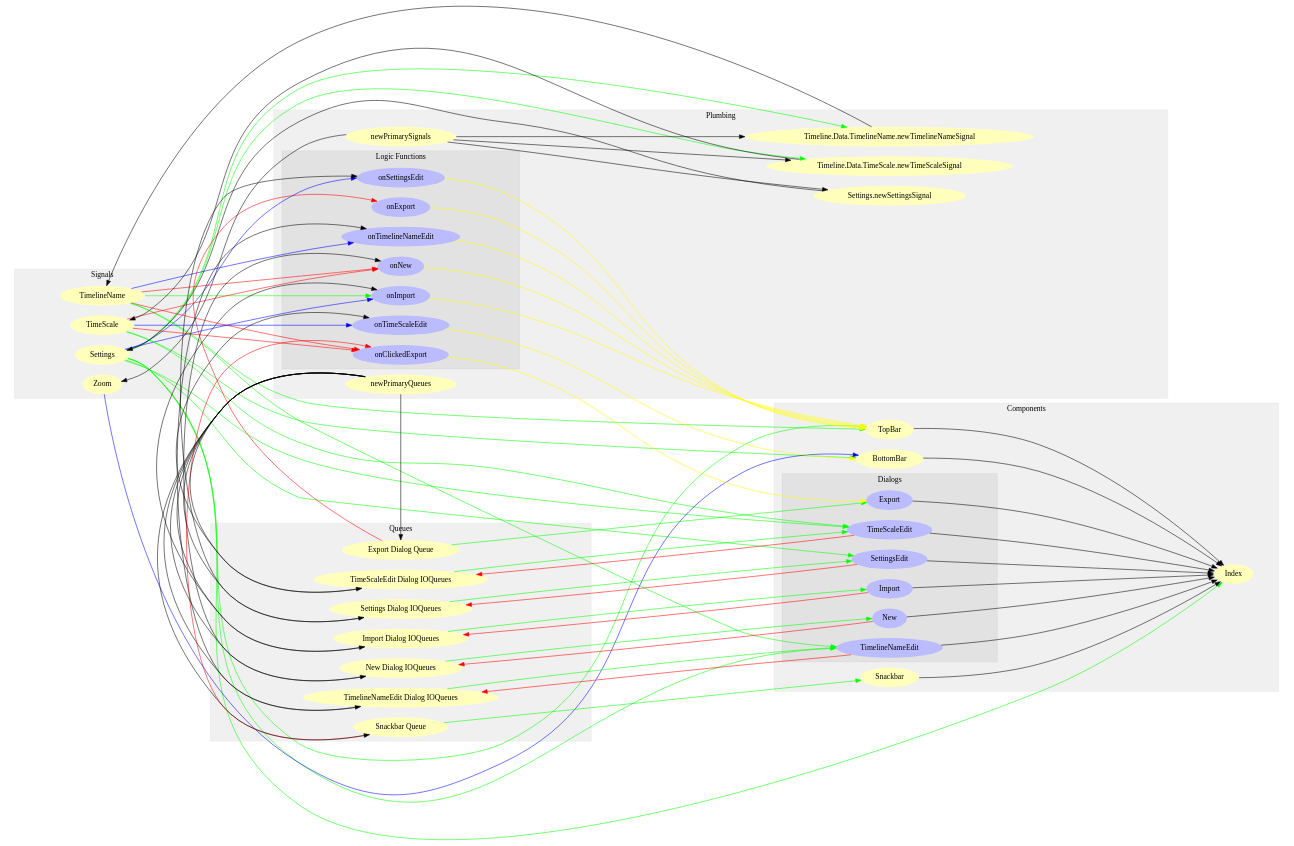
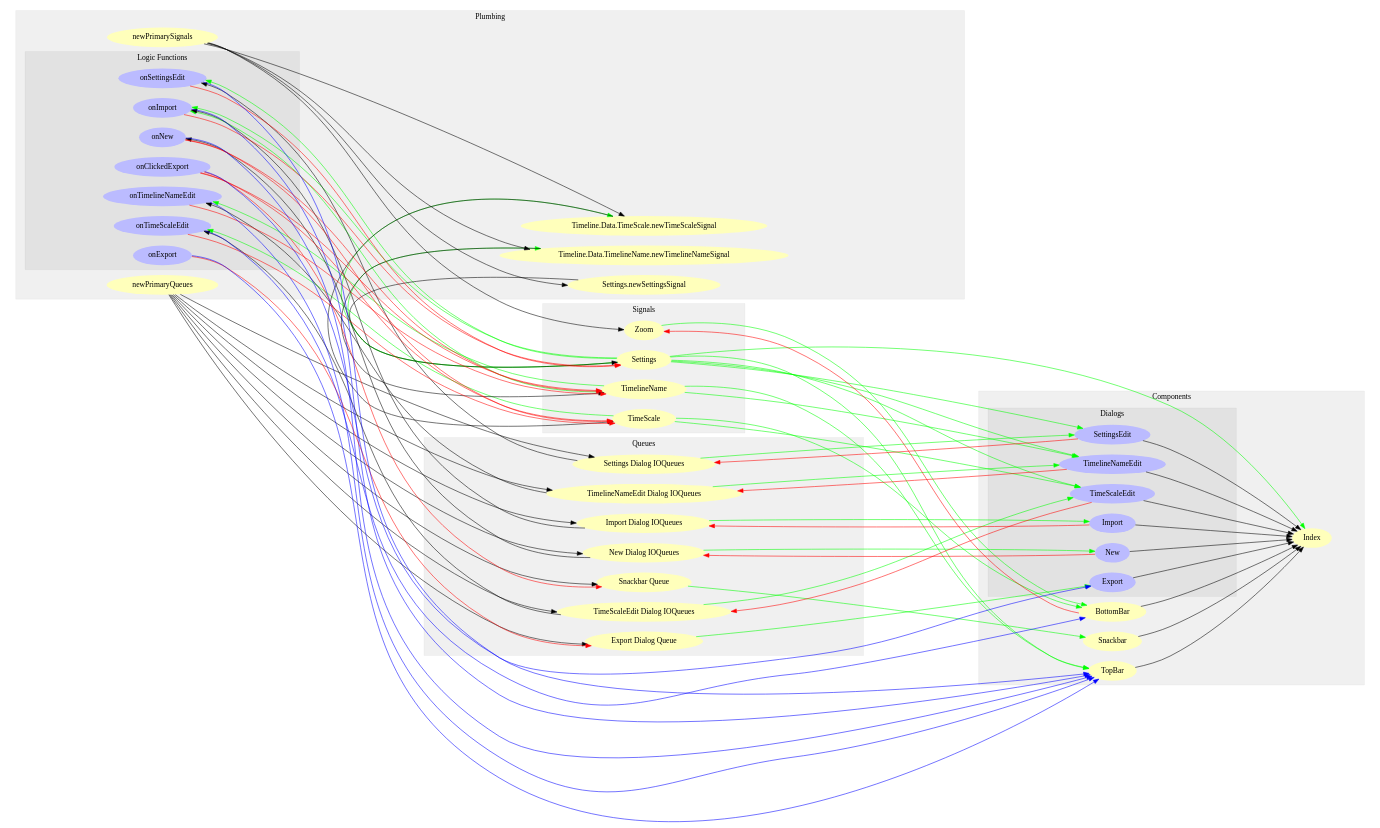
The diagram in signals-and-queues.dot (openchronology/openchronology.github.io), drawn with Graphviz before and after one commit. The commit also changed 3 other files, not shown here.

Commit message:
better graph for signals

```diff
--- a/signals-and-queues.dot
+++ b/signals-and-queues.dot
@@ -1,166 +1,171 @@
 digraph SignalsAndQueues {
   ratio="0.5";
   rankdir="LR";
 
   subgraph cluster_1 {
     label="Signals";
     color="#0000000F";
     style="filled";
     settingsSignal[label="Settings",style="filled",fillcolor="#ffffbb",penwidth="0"];
     timelineNameSignal[label="TimelineName",style="filled",fillcolor="#ffffbb",penwidth="0"];
     timeScaleSignal[label="TimeScale",style="filled",fillcolor="#ffffbb",penwidth="0"];
     zoomSignal[label="Zoom",style="filled",fillcolor="#ffffbb",penwidth="0"];
   }
 
   subgraph cluster_2 {
     label="Queues";
     color="#0000000F";
     style="filled";
     importQueues[label="Import Dialog IOQueues",style="filled",fillcolor="#ffffbb",penwidth="0"];
     exportQueue[label="Export Dialog Queue",style="filled",fillcolor="#ffffbb",penwidth="0"];
     newQueues[label="New Dialog IOQueues",style="filled",fillcolor="#ffffbb",penwidth="0"];
     settingsEditQueues[label="Settings Dialog IOQueues",style="filled",fillcolor="#ffffbb",penwidth="0"];
     timelineNameEditQueues[label="TimelineNameEdit Dialog IOQueues",style="filled",fillcolor="#ffffbb",penwidth="0"];
     timeScaleEditQueues[label="TimeScaleEdit Dialog IOQueues",style="filled",fillcolor="#ffffbb",penwidth="0"];
     snackbarQueue[label="Snackbar Queue",style="filled",fillcolor="#ffffbb",penwidth="0"];
   }
 
   subgraph cluster_3 {
     label="Plumbing";
     color="#0000000F";
     style="filled";
     newSettingsSignal[label="Settings.newSettingsSignal",style="filled",fillcolor="#ffffbb",penwidth="0"];
     newTimelineNameSignal[label="Timeline.Data.TimelineName.newTimelineNameSignal",style="filled",fillcolor="#ffffbb",penwidth="0"];
     newTimeScaleSignal[label="Timeline.Data.TimeScale.newTimeScaleSignal",style="filled",fillcolor="#ffffbb",penwidth="0"];
     newPrimarySignals[label="newPrimarySignals",style="filled",fillcolor="#ffffbb",penwidth="0"];
     newPrimaryQueues[label="newPrimaryQueues",style="filled",fillcolor="#ffffbb",penwidth="0"];
 
     subgraph cluster_4 {
       label="Logic Functions";
       color="#0000000F";
       style="filled";
       onImport[label="onImport",style="filled",fillcolor="#bbbbff",penwidth="0"];
       onExport[label="onExport",style="filled",fillcolor="#bbbbff",penwidth="0"];
       onClickedExport[label="onClickedExport",style="filled",fillcolor="#bbbbff",penwidth="0"];
       onNew[label="onNew",style="filled",fillcolor="#bbbbff",penwidth="0"];
       onTimelineNameEdit[label="onTimelineNameEdit",style="filled",fillcolor="#bbbbff",penwidth="0"];
       onTimeScaleEdit[label="onTimeScaleEdit",style="filled",fillcolor="#bbbbff",penwidth="0"];
       onSettingsEdit[label="onSettingsEdit",style="filled",fillcolor="#bbbbff",penwidth="0"];
     }
   }
 
   subgraph cluster_5 {
     label="Components";
     color="#0000000F";
     style="filled";
     compIndex[label="Index",style="filled",fillcolor="#ffffbb",penwidth="0"];
     compTopBar[label="TopBar",style="filled",fillcolor="#ffffbb",penwidth="0"];
     compBottomBar[label="BottomBar",style="filled",fillcolor="#ffffbb",penwidth="0"];
     compSnackbar[label="Snackbar",style="filled",fillcolor="#ffffbb",penwidth="0"];
     subgraph cluster_6 {
       label="Dialogs";
       color="#0000000F";
       style="filled";
       compDialImport[label="Import",style="filled",fillcolor="#bbbbff",penwidth="0"];
       compDialExport[label="Export",style="filled",fillcolor="#bbbbff",penwidth="0"];
       compDialNew[label="New",style="filled",fillcolor="#bbbbff",penwidth="0"];
       compDialTimelineNameEdit[label="TimelineNameEdit",style="filled",fillcolor="#bbbbff",penwidth="0"];
       compDialTimeScaleEdit[label="TimeScaleEdit",style="filled",fillcolor="#bbbbff",penwidth="0"];
       compDialSettingsEdit[label="SettingsEdit",style="filled",fillcolor="#bbbbff",penwidth="0"];
     }
   }
 
   // Signal creation - destination is end of creation
   newSettingsSignal -> settingsSignal;
   settingsSignal -> newTimelineNameSignal[color="#00FF00"];
   settingsSignal -> newTimeScaleSignal[color="#00FF00"];
   newTimelineNameSignal -> timelineNameSignal;
   newTimeScaleSignal -> timeScaleSignal;
 
   newPrimarySignals -> newSettingsSignal;
   newPrimarySignals -> newTimelineNameSignal;
   newPrimarySignals -> newTimeScaleSignal;
   newPrimarySignals -> zoomSignal;
 
   // Queue creation - destination is end of creation
   newPrimaryQueues -> importQueues;
   newPrimaryQueues -> exportQueue;
   newPrimaryQueues -> newQueues;
   newPrimaryQueues -> settingsEditQueues;
   newPrimaryQueues -> timelineNameEditQueues;
   newPrimaryQueues -> timeScaleEditQueues;
   newPrimaryQueues -> snackbarQueue;
 
   // Logic Functions - destination is the user
   importQueues -> onImport;
   timelineNameSignal -> onImport[color="#00FF00"];
-  settingsSignal -> onImport[color="#0000FF"];
+  onImport -> settingsSignal[color="#FF0000"];
+  settingsSignal -> onImport[color="#00FF00"];
 
-  exportQueue -> onExport[color="#FF0000"];
+  onExport -> exportQueue[color="#FF0000"];
 
-  snackbarQueue -> onClickedExport[color="#FF0000"];
-  timelineNameSignal -> onClickedExport[color="#FF0000"];
-  timeScaleSignal -> onClickedExport[color="#FF0000"];
+  onClickedExport -> snackbarQueue[color="#FF0000"];
+  onClickedExport -> timelineNameSignal[color="#FF0000"];
+  onClickedExport -> timeScaleSignal[color="#FF0000"];
 
   newQueues -> onNew;
-  timeScaleSignal -> onNew[color="#FF0000"];
-  timelineNameSignal -> onNew[color="#FF0000"];
+  onNew -> timeScaleSignal[color="#FF0000"];
+  onNew -> timelineNameSignal[color="#FF0000"];
 
   timelineNameEditQueues -> onTimelineNameEdit;
-  timelineNameSignal -> onTimelineNameEdit[color="#0000FF"];
+  onTimelineNameEdit -> timelineNameSignal[color="#FF0000"];
+  timelineNameSignal -> onTimelineNameEdit[color="#00FF00"];
 
   timeScaleEditQueues -> onTimeScaleEdit;
-  timeScaleSignal -> onTimeScaleEdit[color="#0000FF"];
+  onTimeScaleEdit -> timeScaleSignal[color="#FF0000"];
+  timeScaleSignal -> onTimeScaleEdit[color="#00FF00"];
 
   settingsEditQueues -> onSettingsEdit;
-  settingsSignal -> onSettingsEdit[color="#0000FF"];
+  onSettingsEdit -> settingsSignal[color="#FF0000"];
+  settingsSignal -> onSettingsEdit[color="#00FF00"];
 
   // Components - destination is the user
   importQueues -> compDialImport[color="#00FF00"];
   compDialImport -> importQueues[color="#FF0000"];
 
-  onClickedExport -> compDialExport[color="#FFFF00"];
+  onClickedExport -> compDialExport[color="#0000FF"];
   exportQueue -> compDialExport[color="#00FF00"];
 
   newQueues -> compDialNew[color="#00FF00"];
   compDialNew -> newQueues[color="#FF0000"];
 
   settingsSignal -> compDialSettingsEdit[color="#00FF00"];
   settingsEditQueues -> compDialSettingsEdit[color="#00FF00"];
   compDialSettingsEdit -> settingsEditQueues[color="#FF0000"];
 
   timeScaleSignal -> compDialTimeScaleEdit[color="#00FF00"];
   settingsSignal -> compDialTimeScaleEdit[color="#00FF00"];
   timeScaleEditQueues -> compDialTimeScaleEdit[color="#00FF00"];
   compDialTimeScaleEdit -> timeScaleEditQueues[color="#FF0000"];
 
   timelineNameSignal -> compDialTimelineNameEdit[color="#00FF00"];
   settingsSignal -> compDialTimelineNameEdit[color="#00FF00"];
   timelineNameEditQueues -> compDialTimelineNameEdit[color="#00FF00"];
   compDialTimelineNameEdit -> timelineNameEditQueues[color="#FF0000"];
 
-  onImport -> compTopBar[color="#FFFF00"];
-  onExport -> compTopBar[color="#FFFF00"];
-  onNew -> compTopBar[color="#FFFF00"];
-  onTimelineNameEdit -> compTopBar[color="#FFFF00"];
-  onSettingsEdit -> compTopBar[color="#FFFF00"];
+  onImport -> compTopBar[color="#0000FF"];
+  onExport -> compTopBar[color="#0000FF"];
+  onNew -> compTopBar[color="#0000FF"];
+  onTimelineNameEdit -> compTopBar[color="#0000FF"];
+  onSettingsEdit -> compTopBar[color="#0000FF"];
   timelineNameSignal -> compTopBar[color="#00FF00"];
   settingsSignal -> compTopBar[color="#00FF00"];
 
-  onTimeScaleEdit -> compBottomBar[color="#FFFF00"];
-  zoomSignal -> compBottomBar[color="#0000FF"];
+  onTimeScaleEdit -> compBottomBar[color="#0000FF"];
+  compBottomBar -> zoomSignal[color="#FF0000"];
+  zoomSignal -> compBottomBar[color="#00FF00"];
   timeScaleSignal -> compBottomBar[color="#00FF00"];
 
   snackbarQueue -> compSnackbar[color="#00FF00"];
 
   settingsSignal -> compIndex[color="#00FF00"];
   compTopBar -> compIndex;
   compBottomBar -> compIndex;
   compSnackbar -> compIndex;
   compDialImport -> compIndex;
   compDialExport -> compIndex;
   compDialNew -> compIndex;
   compDialTimelineNameEdit -> compIndex;
   compDialTimeScaleEdit -> compIndex;
   compDialSettingsEdit -> compIndex;
 }
```
